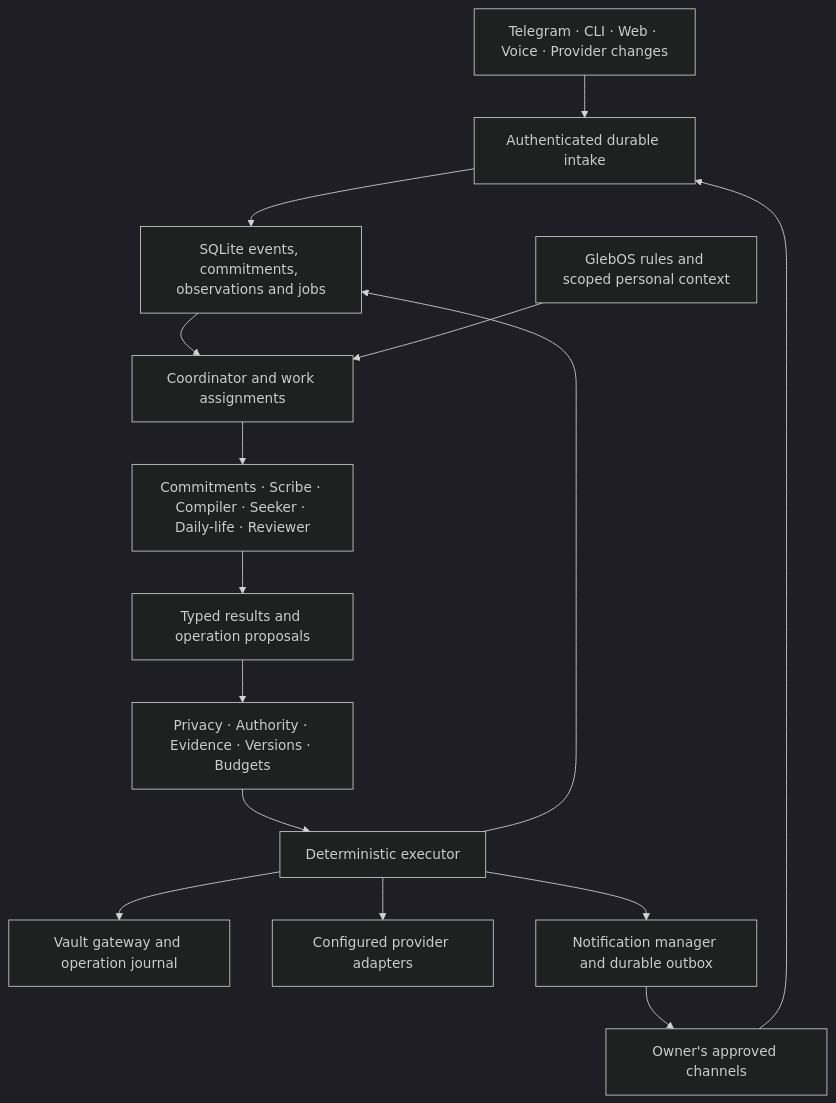
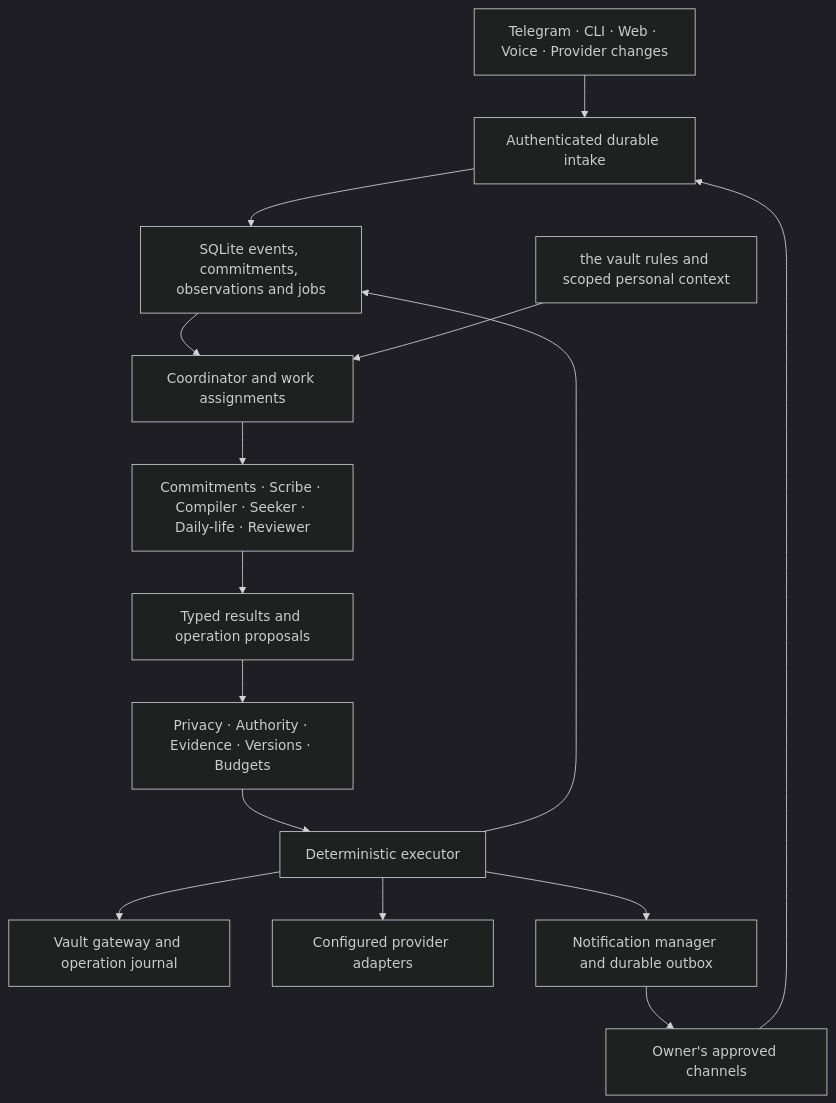
One commit to artdaw/loop changed the diagram in docs/SPECIFICATION.md. Above: the diagram before and after it, drawn with Mermaid (dark theme). The commit also changed other lines of this file and 107 other files, not shown here.

````diff
--- a/docs/SPECIFICATION.md
+++ b/docs/SPECIFICATION.md
@@ -258,17 +263,17 @@
 ```mermaid
 flowchart TD
     Inputs["Telegram · CLI · Web · Voice · Provider changes"] --> Intake["Authenticated durable intake"]
     Intake --> State["SQLite events, commitments, observations and jobs"]
     State --> Coordinator["Coordinator and work assignments"]
     Coordinator --> Team["Commitments · Scribe · Compiler · Seeker · Daily-life · Reviewer"]
-    Policy["GlebOS rules and scoped personal context"] --> Coordinator
+    Policy["the vault rules and scoped personal context"] --> Coordinator
     Team --> Proposals["Typed results and operation proposals"]
     Proposals --> Gates["Privacy · Authority · Evidence · Versions · Budgets"]
     Gates --> Executor["Deterministic executor"]
     Executor --> Vault["Vault gateway and operation journal"]
     Executor --> Tools["Configured provider adapters"]
     Executor --> Outbox["Notification manager and durable outbox"]
     Outbox --> Owner["Owner's approved channels"]
     Executor --> State
     Owner --> Intake
 ```
````
